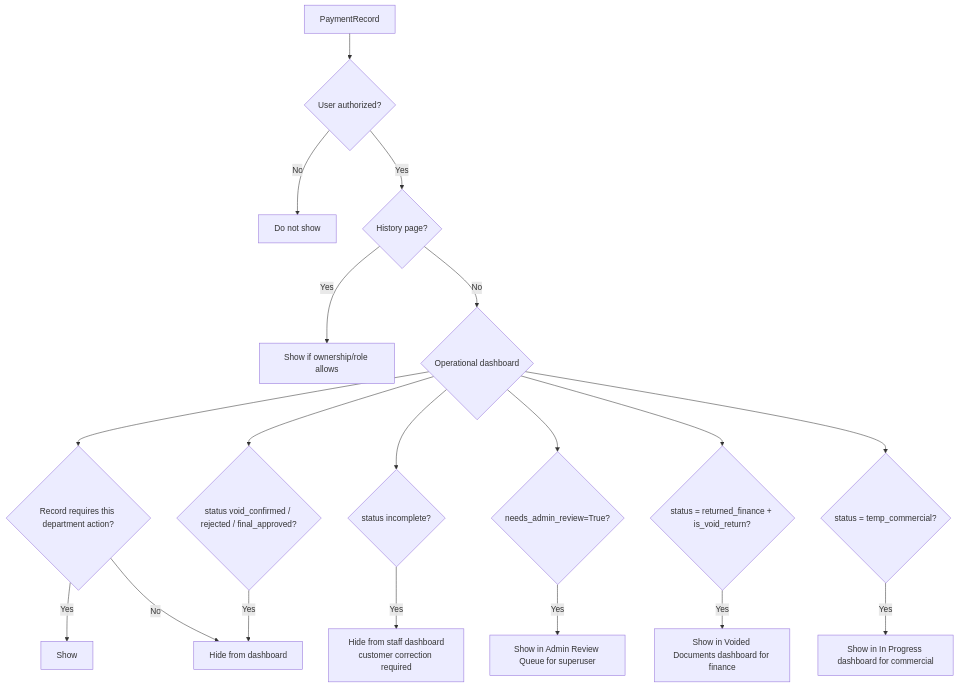
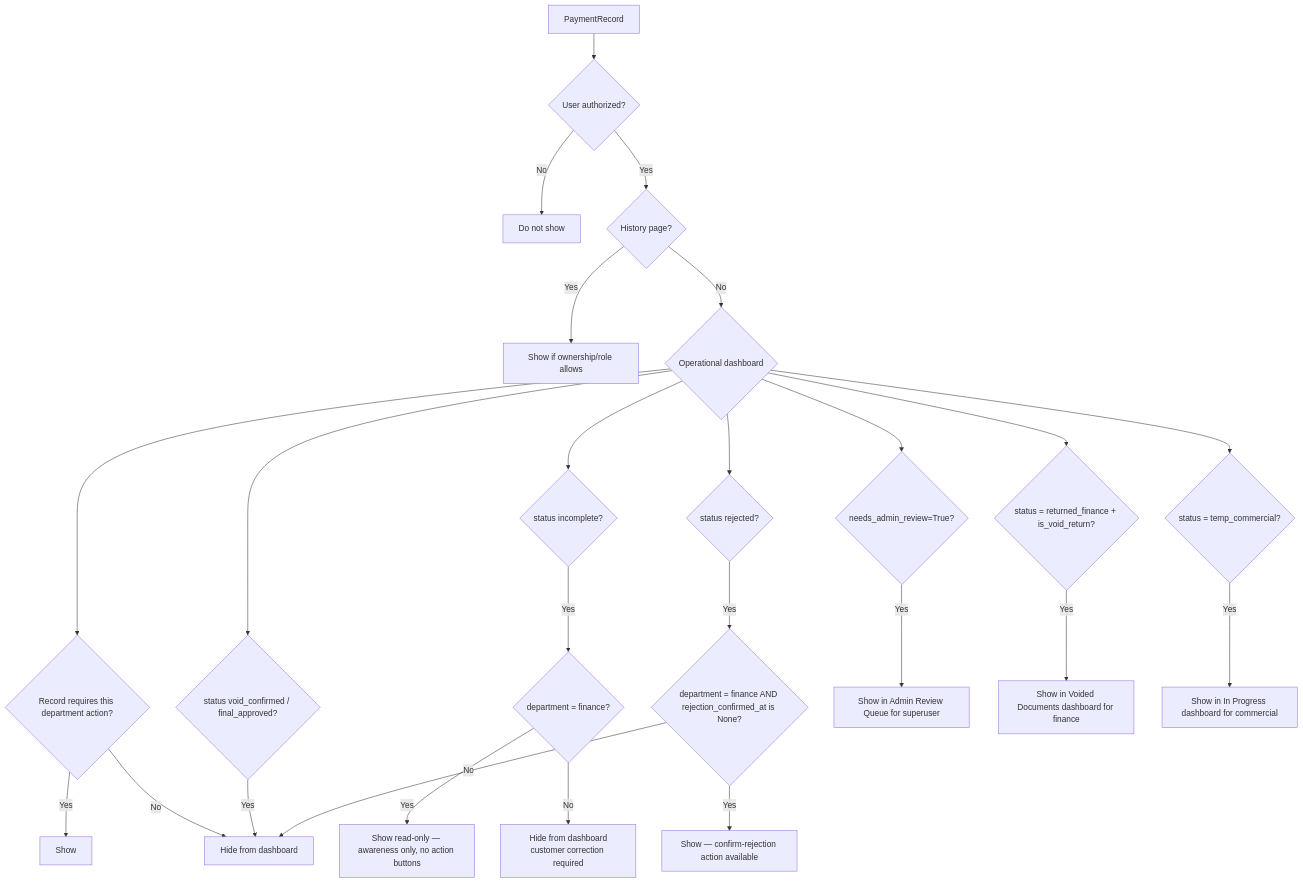
The third of 3 diagrams in core/docs/payment_receipt_workflow_flowchart.md (Aramousa/payment_app), drawn with Mermaid before and after one commit. The commit also changed other lines of this file and 2 other files, not shown here.

Commit message:
ّFlag Status Update and Documents update

````diff
--- a/core/docs/payment_receipt_workflow_flowchart.md
+++ b/core/docs/payment_receipt_workflow_flowchart.md
@@ -199,21 +211,27 @@
 ```mermaid
 flowchart TD
     A[PaymentRecord] --> B{User authorized?}
     B -- No --> C[Do not show]
     B -- Yes --> D{History page?}
     D -- Yes --> E[Show if ownership/role allows]
     D -- No --> F{Operational dashboard}
     F --> G{Record requires this department action?}
     G -- Yes --> H[Show]
     G -- No --> I[Hide from dashboard]
-    F --> J{status void_confirmed / rejected / final_approved?}
+    F --> J{status void_confirmed / final_approved?}
     J -- Yes --> I
     F --> K{status incomplete?}
-    K -- Yes --> L[Hide from staff dashboard<br/>customer correction required]
+    K -- Yes --> K1{department = finance?}
+    K1 -- Yes --> K2[Show read-only — awareness only, no action buttons]
+    K1 -- No --> L[Hide from dashboard<br/>customer correction required]
+    F --> S{status rejected?}
+    S -- Yes --> S1{department = finance AND rejection_confirmed_at is None?}
+    S1 -- Yes --> S2[Show — confirm-rejection action available]
+    S1 -- No --> I
     F --> M{needs_admin_review=True?}
     M -- Yes --> N[Show in Admin Review Queue for superuser]
     F --> O{status = returned_finance + is_void_return?}
     O -- Yes --> P[Show in Voided Documents dashboard for finance]
     F --> Q{status = temp_commercial?}
     Q -- Yes --> R[Show in In Progress dashboard for commercial]
 ```
````
